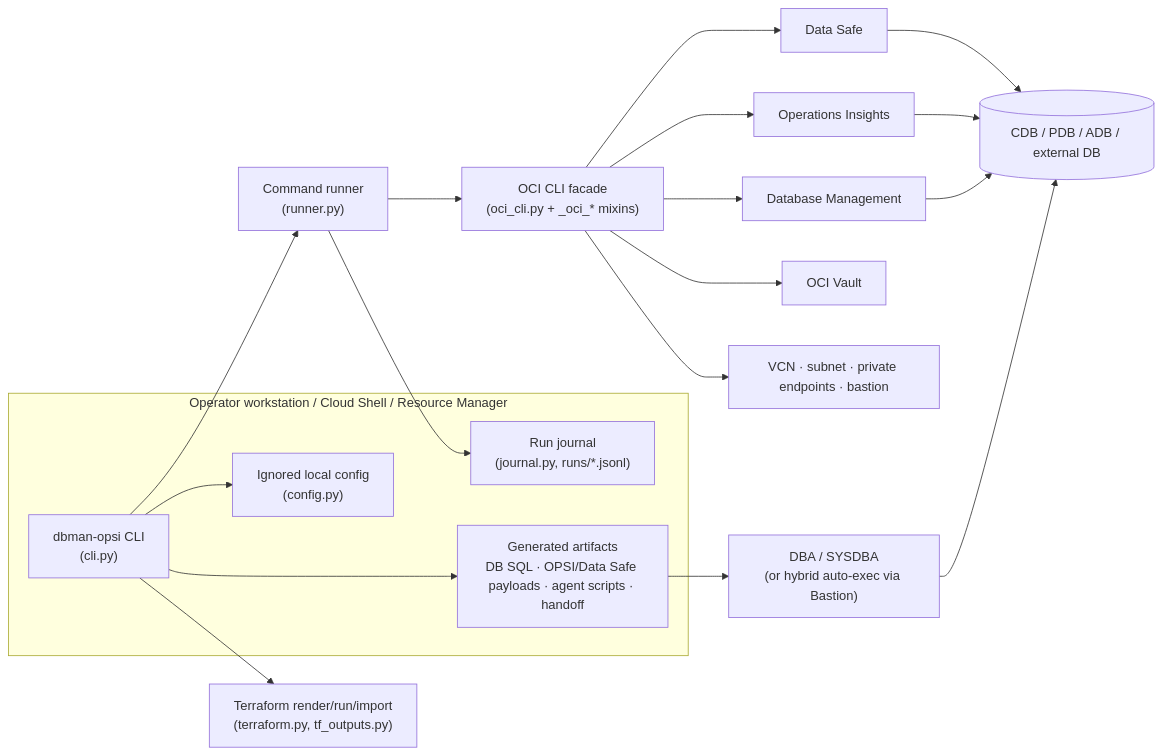
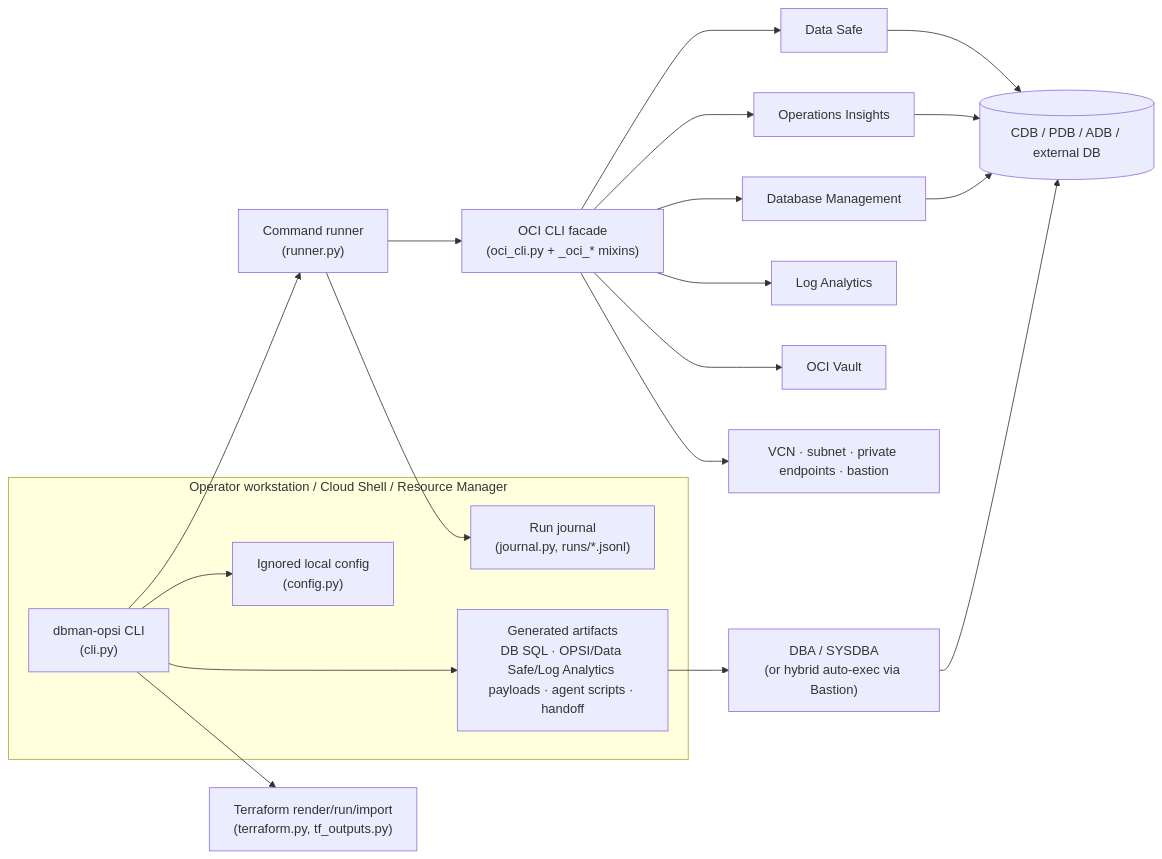
The first of 11 diagrams in docs/architecture.md (adibirzu/oci-dbman-opsi), drawn with Mermaid before and after one commit. The commit also changed other lines of this file and 154 other files, not shown here.

````diff
--- a/docs/architecture.md
+++ b/docs/architecture.md
@@ -15,28 +17,29 @@
 ```mermaid
 flowchart LR
   subgraph Local["Operator workstation / Cloud Shell / Resource Manager"]
     CLI["dbman-opsi CLI<br/>(cli.py)"]
     Cfg["Ignored local config<br/>(config.py)"]
     Journal["Run journal<br/>(journal.py, runs/*.jsonl)"]
-    Gen["Generated artifacts<br/>DB SQL · OPSI/Data Safe payloads · agent scripts · handoff"]
+    Gen["Generated artifacts<br/>DB SQL · OPSI/Data Safe/Log Analytics payloads · agent scripts · handoff"]
   end
 
   CLI --> Cfg
   CLI --> Runner["Command runner<br/>(runner.py)"]
   Runner --> Journal
   Runner --> OciCli["OCI CLI facade<br/>(oci_cli.py + _oci_* mixins)"]
   CLI --> TF["Terraform render/run/import<br/>(terraform.py, tf_outputs.py)"]
   CLI --> Gen
 
   OciCli --> DBM["Database Management"]
   OciCli --> OPSI["Operations Insights"]
   OciCli --> DS["Data Safe"]
+  OciCli --> LOGAN["Log Analytics"]
   OciCli --> Vault["OCI Vault"]
   OciCli --> Net["VCN · subnet · private endpoints · bastion"]
 
   Gen --> DBA["DBA / SYSDBA<br/>(or hybrid auto-exec via Bastion)"]
   DBA --> DB[("CDB / PDB / ADB / external DB")]
   DBM --> DB
   OPSI --> DB
   DS --> DB
 ```
````
